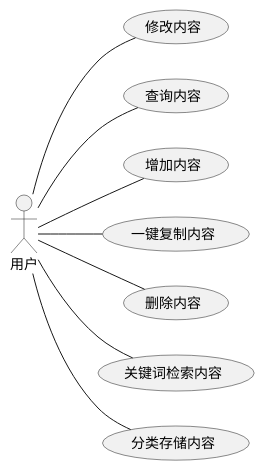
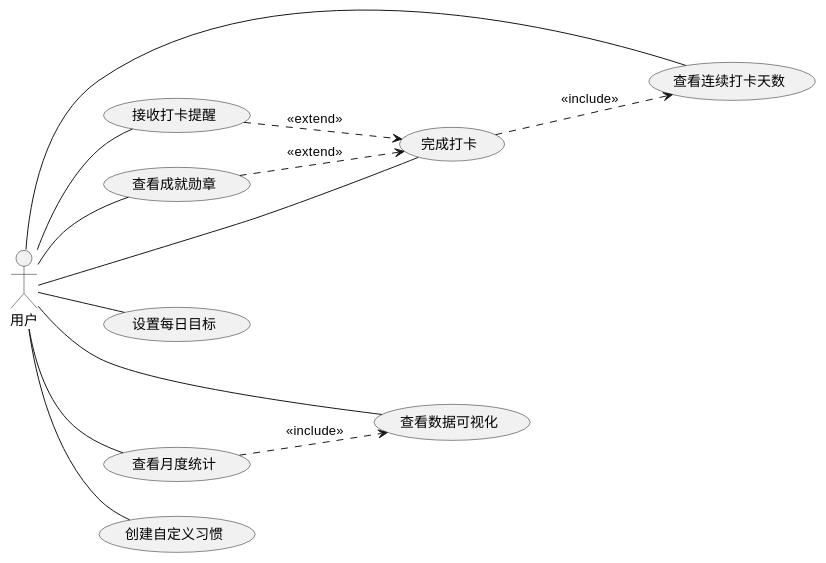
The diagram in output/test_result.puml (Sunday17/UML-LLM), drawn with PlantUML before and after one commit. The commit also changed 37 other files, not shown here.

Commit message:
langgraph生成用例图第一版

```diff
--- a/output/test_result.puml
+++ b/output/test_result.puml
@@ -1,19 +1,25 @@
 @startuml
 left to right direction
 skinparam packageStyle rectangle
 actor "用户"
-usecase "修改内容"
-usecase "查询内容"
-usecase "增加内容"
-usecase "一键复制内容"
-usecase "删除内容"
-usecase "关键词检索内容"
-usecase "分类存储内容"
-"用户" -- "分类存储内容"
-"用户" -- "关键词检索内容"
-"用户" -- "一键复制内容"
-"用户" -- "增加内容"
-"用户" -- "删除内容"
-"用户" -- "修改内容"
-"用户" -- "查询内容"
+usecase "完成打卡"
+usecase "查看月度统计"
+usecase "查看连续打卡天数"
+usecase "查看成就勋章"
+usecase "设置每日目标"
+usecase "接收打卡提醒"
+usecase "查看数据可视化"
+usecase "创建自定义习惯"
+"用户" -- "创建自定义习惯"
+"用户" -- "设置每日目标"
+"用户" -- "完成打卡"
+"用户" -- "查看连续打卡天数"
+"用户" -- "查看月度统计"
+"用户" -- "接收打卡提醒"
+"用户" -- "查看成就勋章"
+"用户" -- "查看数据可视化"
+"完成打卡" ..> "查看连续打卡天数" : <<include>>
+"查看月度统计" ..> "查看数据可视化" : <<include>>
+"查看成就勋章" ..> "完成打卡" : <<extend>>
+"接收打卡提醒" ..> "完成打卡" : <<extend>>
 @enduml
```
